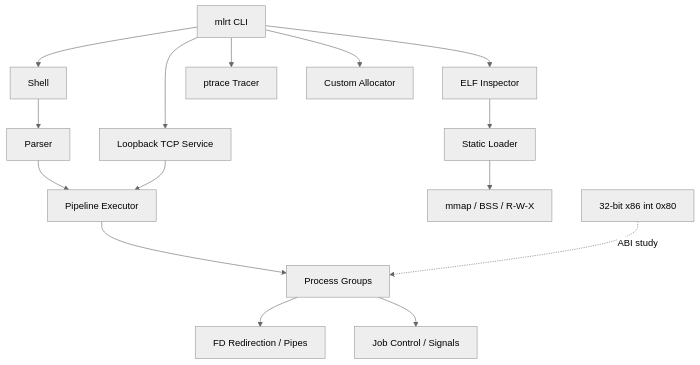
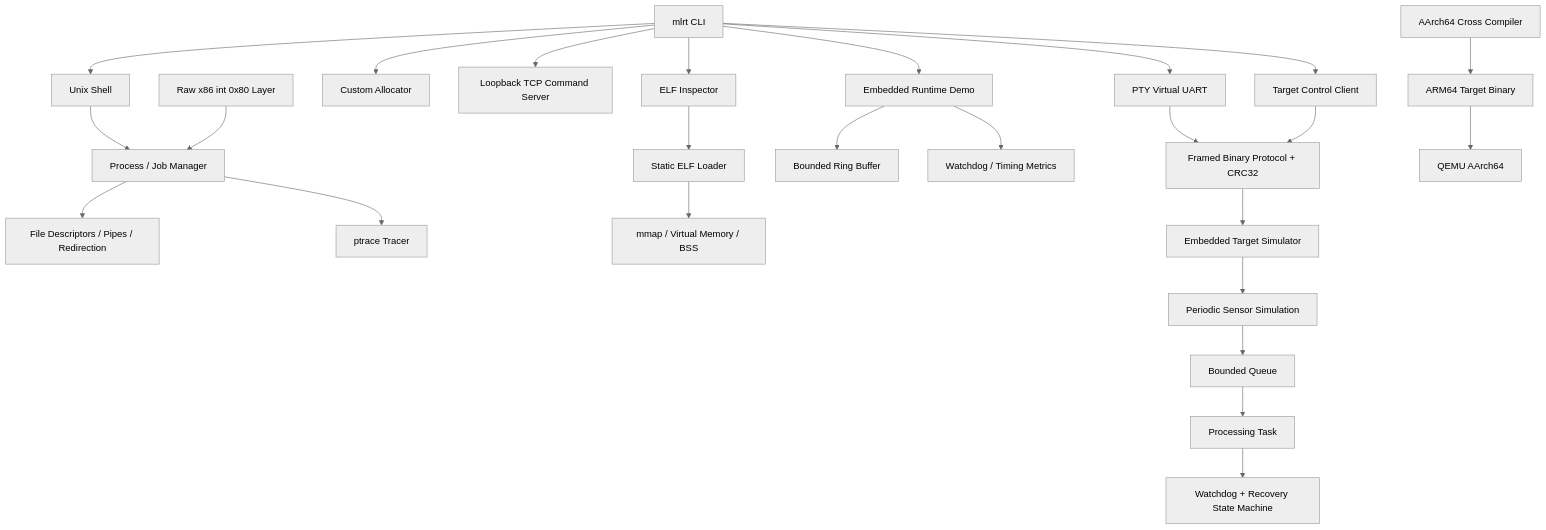
One commit to mohamedtah22/embedded-systems-runtime changed the diagram in docs/architecture.md. Above: the diagram before and after it, drawn with Mermaid (neutral theme). The commit also changed other lines of this file and 31 other files, not shown here.

First line of the commit message:
Add hardware-free embedded Linux simulation platform

````diff
--- a/docs/architecture.md
+++ b/docs/architecture.md
@@ -5,18 +5,34 @@
 ```mermaid
-flowchart TD
+flowchart TB
     CLI[mlrt CLI]
-    CLI --> SH[Shell]
-    SH --> PARSER[Parser]
-    PARSER --> EXEC[Pipeline Executor]
-    EXEC --> PROC[Process Groups]
-    PROC --> FD[FD Redirection / Pipes]
-    PROC --> JOB[Job Control / Signals]
+
+    CLI --> SH[Unix Shell]
+    SH --> PROC[Process / Job Manager]
+    PROC --> FD[File Descriptors / Pipes / Redirection]
+    PROC --> TRACE[ptrace Tracer]
+
     CLI --> ELF[ELF Inspector]
-    ELF --> LOAD[Static Loader]
-    LOAD --> VM[mmap / BSS / R-W-X]
-    CLI --> TRACE[ptrace Tracer]
+    ELF --> LOAD[Static ELF Loader]
+    LOAD --> VM[mmap / Virtual Memory / BSS]
+
     CLI --> ALLOC[Custom Allocator]
-    CLI --> NET[Loopback TCP Service]
-    NET --> EXEC
-    ASM[32-bit x86 int 0x80] -. ABI study .-> PROC
+    CLI --> NET[Loopback TCP Command Server]
+    ASM[Raw x86 int 0x80 Layer] --> PROC
+
+    CLI --> RT[Embedded Runtime Demo]
+    RT --> RB[Bounded Ring Buffer]
+    RT --> WD[Watchdog / Timing Metrics]
+
+    CLI --> SERIAL[PTY Virtual UART]
+    CLI --> HOST[Target Control Client]
+    SERIAL --> PROTO[Framed Binary Protocol + CRC32]
+    HOST --> PROTO
+    PROTO --> TARGET[Embedded Target Simulator]
+    TARGET --> SENSOR[Periodic Sensor Simulation]
+    SENSOR --> RB2[Bounded Queue]
+    RB2 --> PROCESS[Processing Task]
+    PROCESS --> WD2[Watchdog + Recovery State Machine]
+
+    CROSS[AArch64 Cross Compiler] --> ARMTARGET[ARM64 Target Binary]
+    ARMTARGET --> QEMU[QEMU AArch64]
 ```
````
